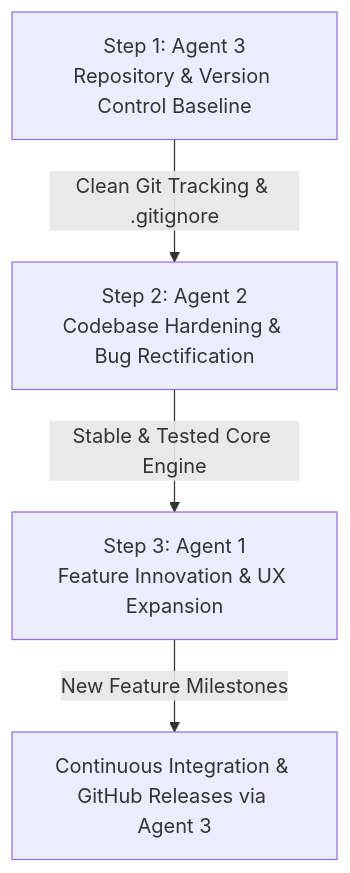
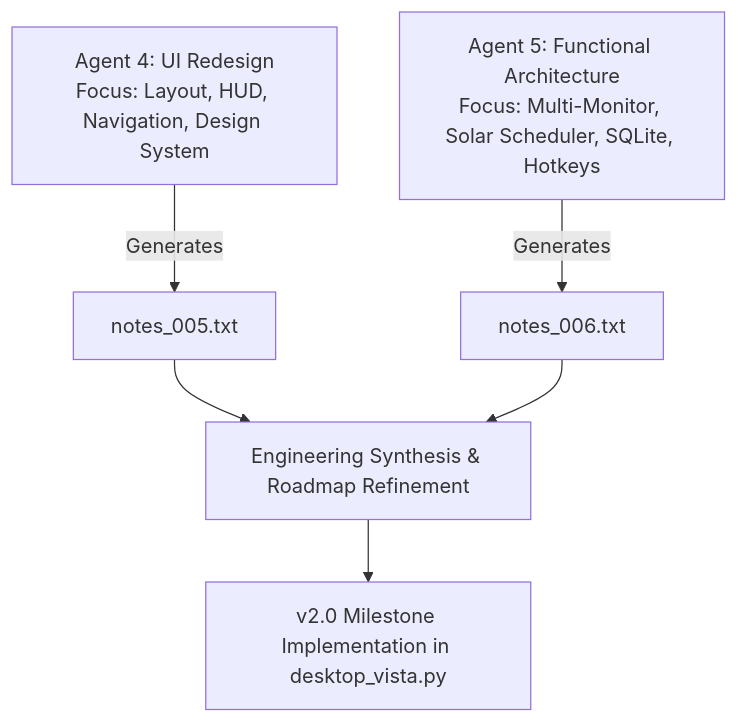
The diagram in PROMPTS_OVERVIEW.md (hawkers63/Desktop-Vista), drawn with Mermaid before and after one commit. The commit also changed other lines of this file and 15 other files, not shown here.

First line of the commit message:
feat: v1.6 "Scriptable companion" — history/undo, solar scheduling, single-instance IPC, global hotkeys

````diff
--- a/PROMPTS_OVERVIEW.md
+++ b/PROMPTS_OVERVIEW.md
@@ -19,6 +39,8 @@
 ```mermaid
 graph TD
-    A[Step 1: Agent 3<br>Repository & Version Control Baseline] -->|Clean Git Tracking & .gitignore| B[Step 2: Agent 2<br>Codebase Hardening & Bug Rectification]
-    B -->|Stable & Tested Core Engine| C[Step 3: Agent 1<br>Feature Innovation & UX Expansion]
-    C -->|New Feature Milestones| D[Continuous Integration & GitHub Releases via Agent 3]
+    A[Agent 4: UI Redesign<br>Focus: Layout, HUD, Navigation, Design System] -->|Generates| N5[notes_005.txt]
+    B[Agent 5: Functional Architecture<br>Focus: Multi-Monitor, Solar Scheduler, SQLite, Hotkeys] -->|Generates| N6[notes_006.txt]
+    N5 --> M[Engineering Synthesis & Roadmap Refinement]
+    N6 --> M
+    M --> V2[v2.0 Milestone Implementation in desktop_vista.py]
 ```
````
